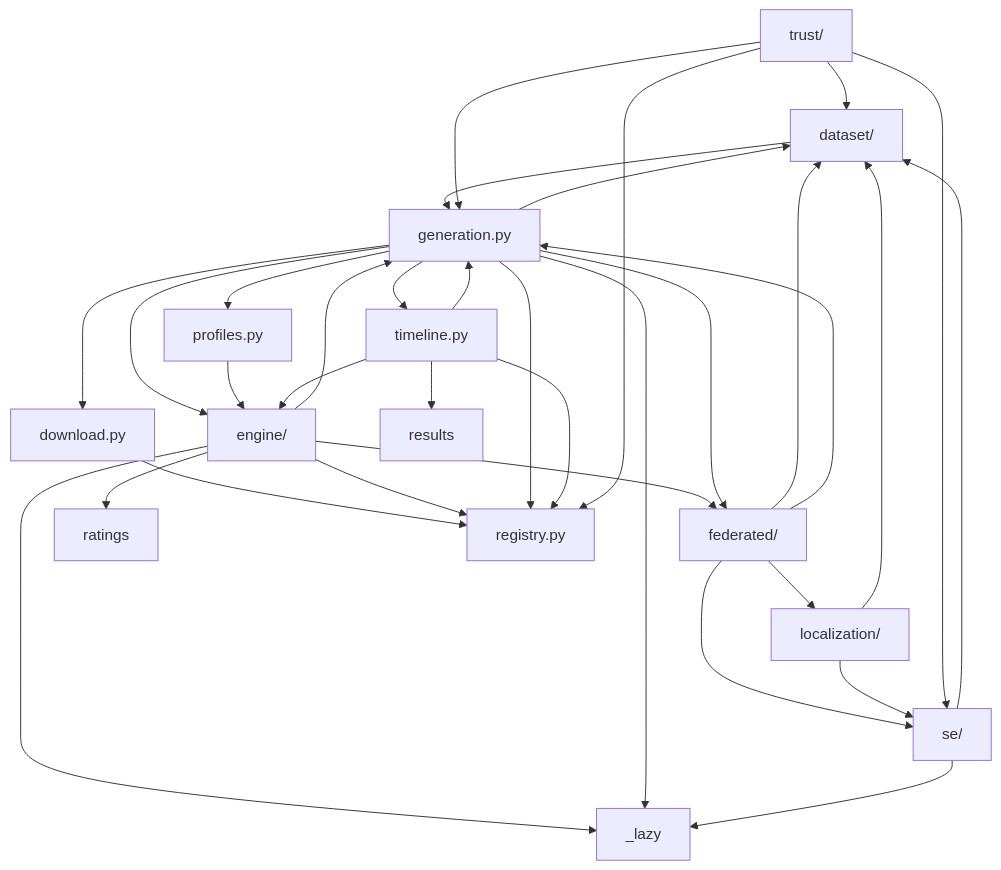
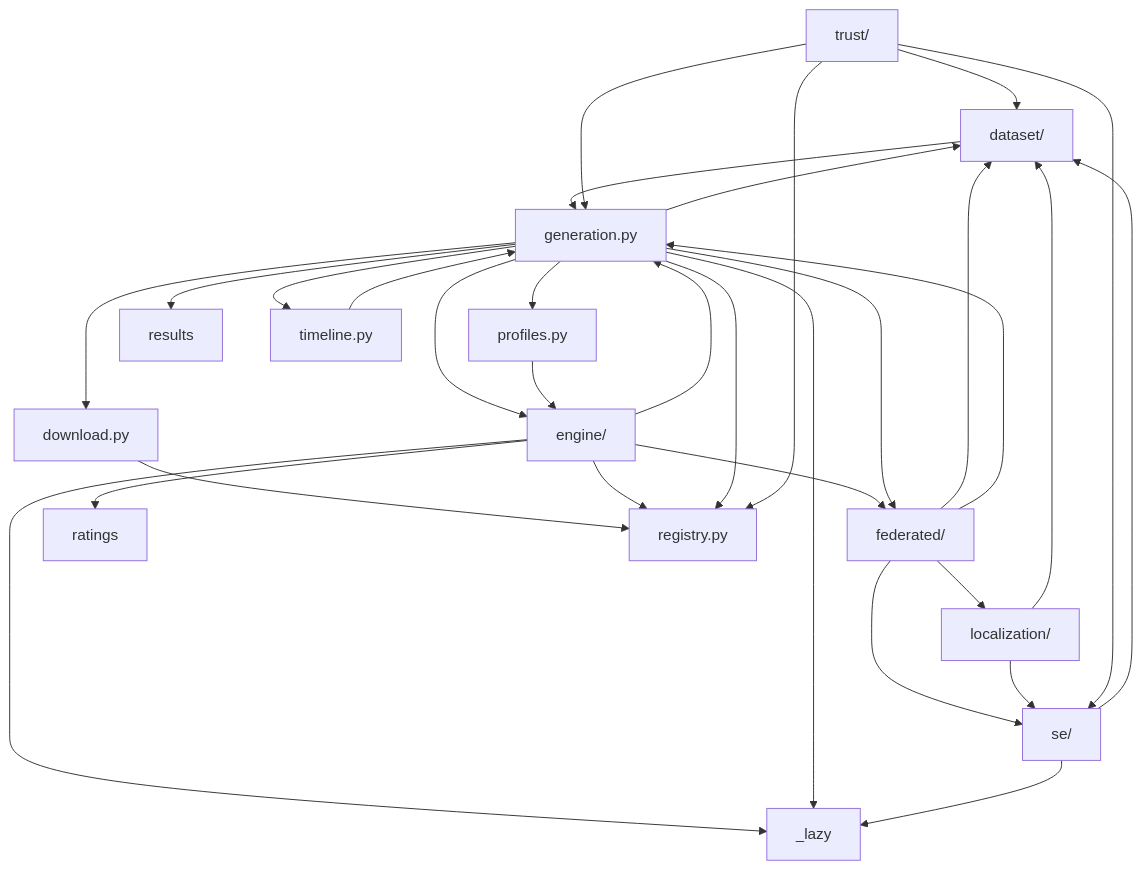
The diagram in docs/figures/diagrams/modules.mmd (myersben9/fdia-graph), drawn with Mermaid before and after one commit. The commit also changed 57 other files, not shown here.

Commit message:
One path generates a timeline: TimelineSource.generate for the IEEE cases and New York (#246)

```diff
--- a/docs/figures/diagrams/modules.mmd
+++ b/docs/figures/diagrams/modules.mmd
@@ -1,47 +1,45 @@
 flowchart TB
     _lazy["_lazy"]
     dataset["dataset/"]
     download["download.py"]
     engine["engine/"]
     federated["federated/"]
     generation["generation.py"]
     localization["localization/"]
     profiles["profiles.py"]
     ratings["ratings"]
     registry["registry.py"]
     results["results"]
     se["se/"]
     timeline["timeline.py"]
     trust["trust/"]
     dataset --> generation
     download --> registry
     engine --> _lazy
     engine --> federated
     engine --> generation
     engine --> ratings
     engine --> registry
     federated --> dataset
     federated --> generation
     federated --> localization
     federated --> se
     generation --> _lazy
     generation --> dataset
     generation --> download
     generation --> engine
     generation --> federated
     generation --> profiles
     generation --> registry
+    generation --> results
     generation --> timeline
     localization --> dataset
     localization --> se
     profiles --> engine
     se --> _lazy
     se --> dataset
-    timeline --> engine
     timeline --> generation
-    timeline --> registry
-    timeline --> results
     trust --> dataset
     trust --> generation
     trust --> registry
     trust --> se
```
